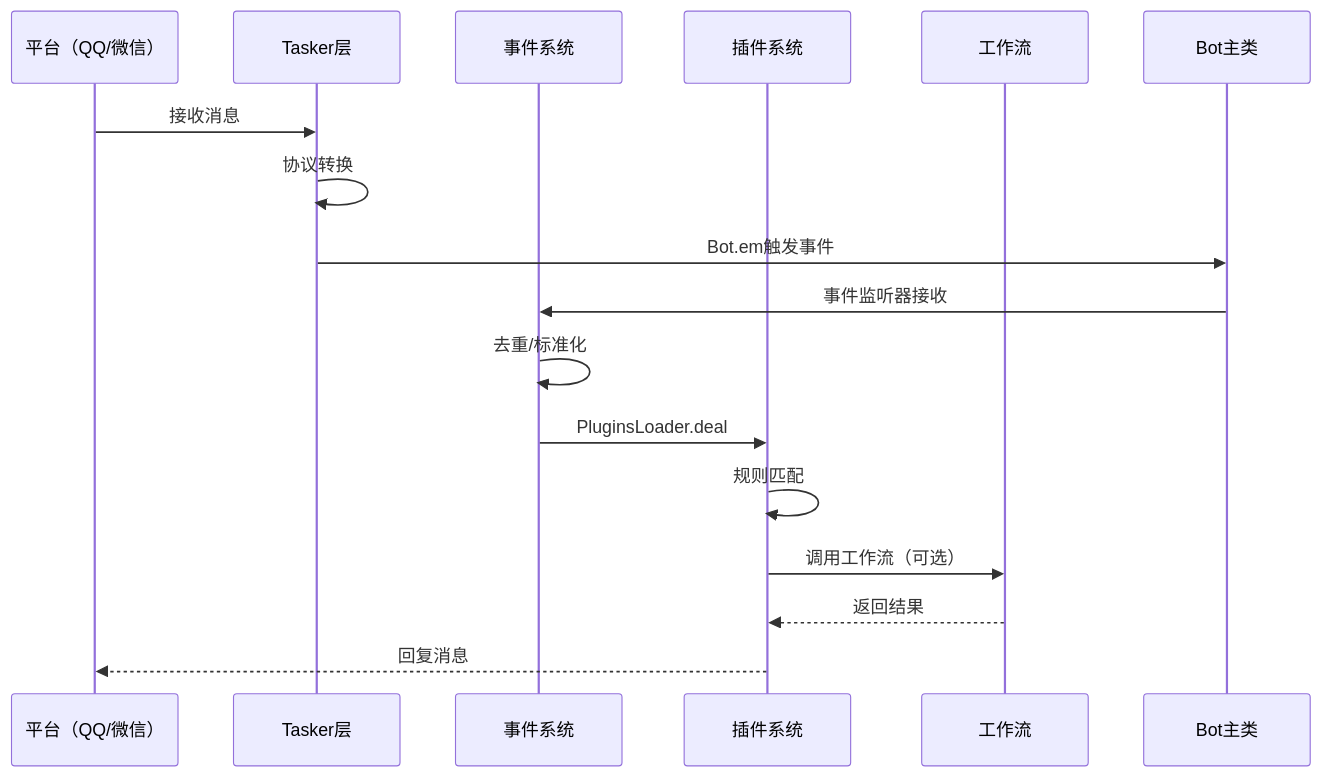
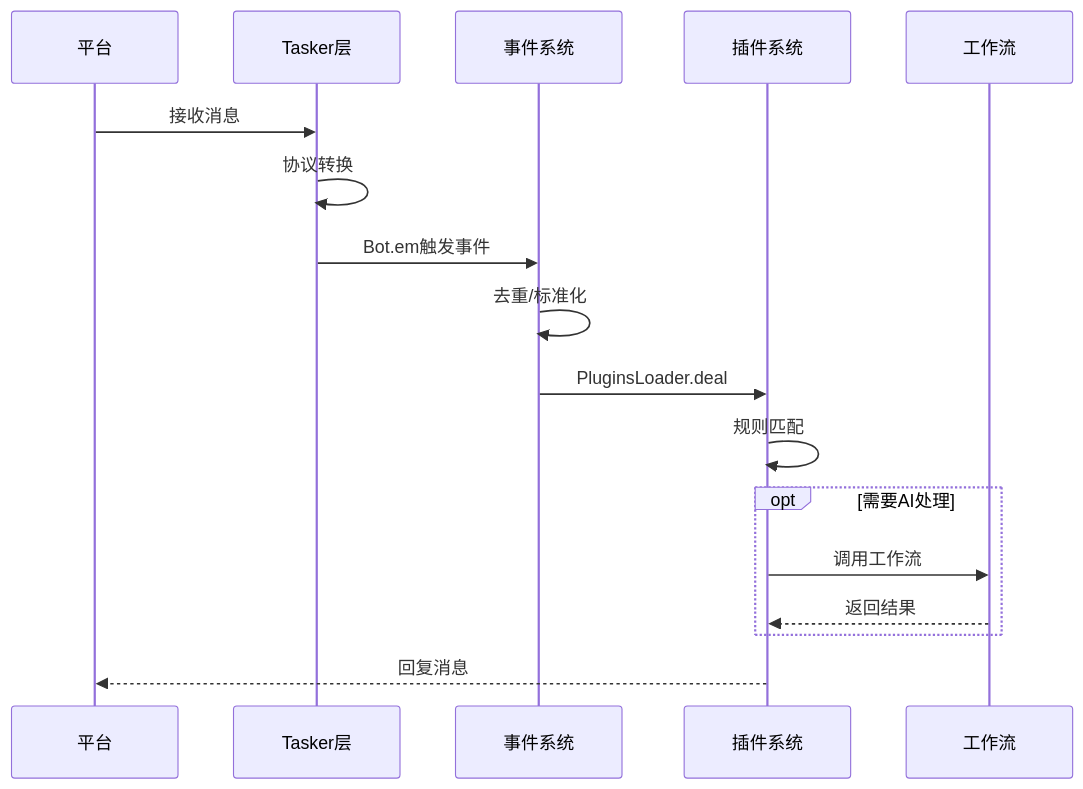
One commit to sunflowermm/XRK-AGT changed the third of 5 diagrams in PROJECT_OVERVIEW.md. Above: the diagram before and after it, drawn with Mermaid. The commit also changed other lines of this file and 6 other files, not shown here.

````diff
--- a/PROJECT_OVERVIEW.md
+++ b/PROJECT_OVERVIEW.md
@@ -466,20 +466,20 @@
 ```mermaid
 sequenceDiagram
-    participant Platform as 平台（QQ/微信）
+    participant Platform as 平台
     participant Tasker as Tasker层
     participant Event as 事件系统
     participant Plugin as 插件系统
     participant Stream as 工作流
-    participant Bot as Bot主类
     
     Platform->>Tasker: 接收消息
     Tasker->>Tasker: 协议转换
-    Tasker->>Bot: Bot.em触发事件
-    Bot->>Event: 事件监听器接收
+    Tasker->>Event: Bot.em触发事件
     Event->>Event: 去重/标准化
     Event->>Plugin: PluginsLoader.deal
     Plugin->>Plugin: 规则匹配
-    Plugin->>Stream: 调用工作流（可选）
-    Stream-->>Plugin: 返回结果
+    opt 需要AI处理
+        Plugin->>Stream: 调用工作流
+        Stream-->>Plugin: 返回结果
+    end
     Plugin-->>Platform: 回复消息
 ```
````
